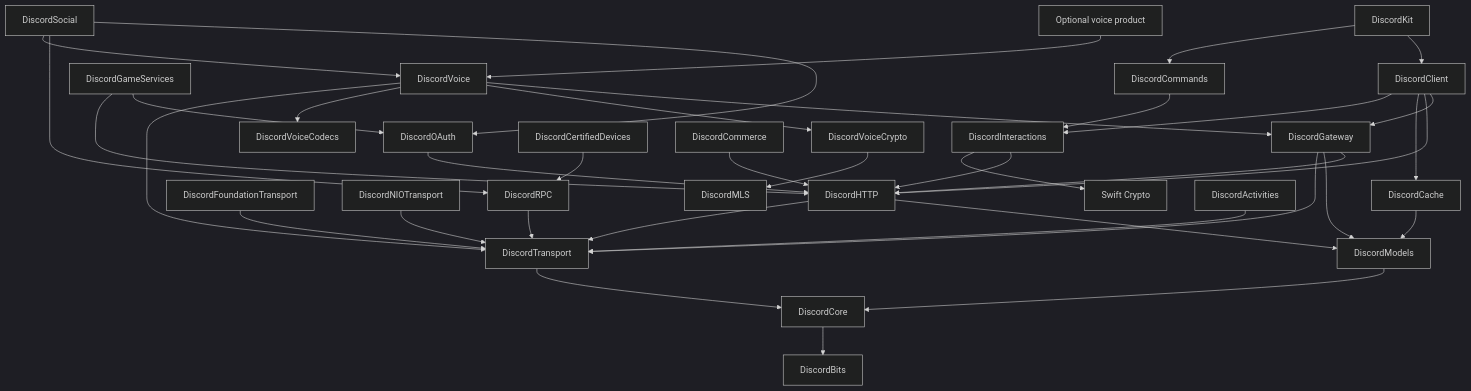
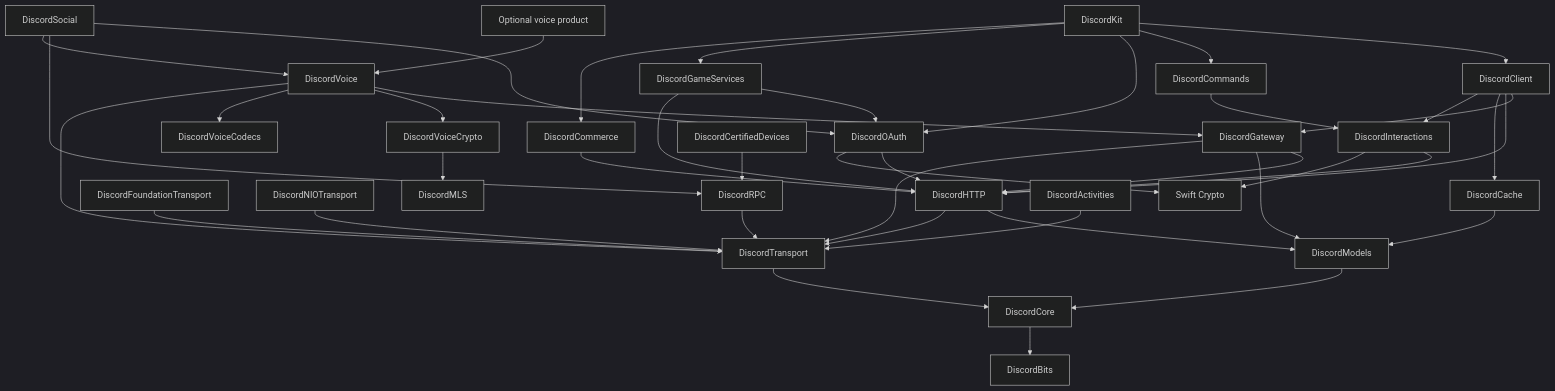
One commit to CarsonAurum/DiscordKit changed the diagram in Docs/Architecture.md. Above: the diagram before and after it, drawn with Mermaid (dark theme). The commit also changed other lines of this file and 49 other files, not shown here.

````diff
--- a/Docs/Architecture.md
+++ b/Docs/Architecture.md
@@ -62,39 +67,43 @@
 ```mermaid
 flowchart TD
     DiscordCore --> DiscordBits
     DiscordModels --> DiscordCore
     DiscordTransport --> DiscordCore
     DiscordHTTP --> DiscordModels
     DiscordHTTP --> DiscordTransport
     DiscordGateway --> DiscordHTTP
     DiscordGateway --> DiscordModels
     DiscordGateway --> DiscordTransport
     DiscordFoundationTransport --> DiscordTransport
     DiscordNIOTransport --> DiscordTransport
     DiscordCache --> DiscordModels
     DiscordInteractions --> DiscordHTTP
     DiscordInteractions --> SwiftCrypto[Swift Crypto]
     DiscordCommands --> DiscordInteractions
     DiscordOAuth --> DiscordHTTP
+    DiscordOAuth --> SwiftCrypto
     DiscordGameServices --> DiscordOAuth
     DiscordGameServices --> DiscordHTTP
     DiscordClient --> DiscordGateway
     DiscordClient --> DiscordHTTP
     DiscordClient --> DiscordCache
     DiscordClient --> DiscordInteractions
     DiscordVoice --> DiscordGateway
     DiscordVoice --> DiscordVoiceCrypto
     DiscordVoice --> DiscordVoiceCodecs
     DiscordVoice --> DiscordTransport
     DiscordVoiceCrypto --> DiscordMLS
     DiscordKit --> DiscordClient
     DiscordKit --> DiscordCommands
+    DiscordKit --> DiscordOAuth
+    DiscordKit --> DiscordGameServices
+    DiscordKit --> DiscordCommerce
     VoiceProduct[Optional voice product] --> DiscordVoice
     DiscordRPC --> DiscordTransport
     DiscordCertifiedDevices --> DiscordRPC
     DiscordActivities --> DiscordTransport
     DiscordSocial --> DiscordOAuth
     DiscordSocial --> DiscordRPC
     DiscordSocial --> DiscordVoice
     DiscordCommerce --> DiscordHTTP
 ```
````
